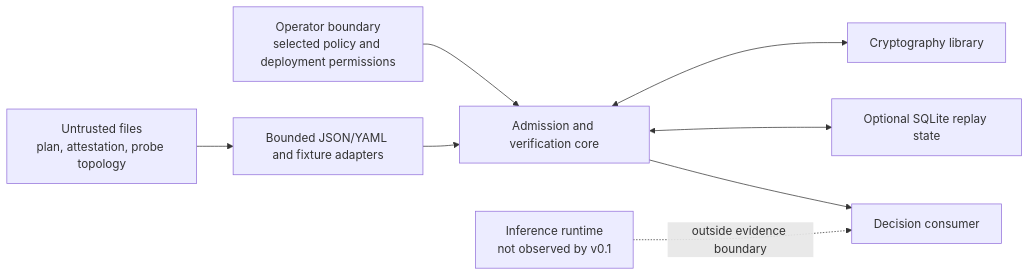
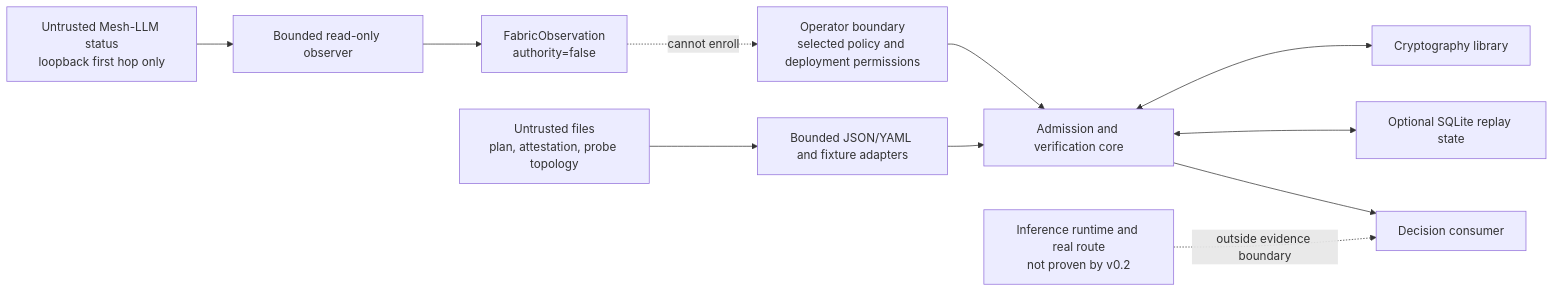
Before and after one commit to aantenore/LocusMesh: the diagram in docs/threat-model.md, drawn with Mermaid. The commit also changed other lines of this file and 20 other files, not shown here.

Commit message:
feat: add non-authoritative fabric observation

````diff
--- a/docs/threat-model.md
+++ b/docs/threat-model.md
@@ -39,18 +45,23 @@
 ```mermaid
 flowchart LR
     O["Operator boundary<br/>selected policy and deployment permissions"]
+    M["Untrusted Mesh-LLM status<br/>loopback first hop only"]
+    B["Bounded read-only observer"]
+    F["FabricObservation<br/>authority=false"]
     U["Untrusted files<br/>plan, attestation, probe topology"]
     I["Bounded JSON/YAML and fixture adapters"]
     C["Admission and verification core"]
     K["Cryptography library"]
     S["Optional SQLite replay state"]
     R["Decision consumer"]
-    X["Inference runtime<br/>not observed by v0.1"]
+    X["Inference runtime and real route<br/>not proven by v0.2"]
 
     O --> C
+    M --> B --> F
+    F -. "cannot enroll" .-> O
     U --> I --> C
     C <--> K
     C <--> S
     C --> R
     X -. "outside evidence boundary" .-> R
 ```
````
